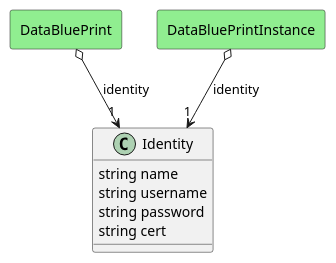
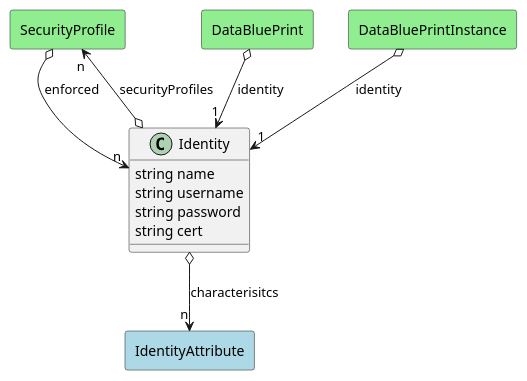
Before and after one commit to madajaju/edgemere: the diagram in docs/edgemere/ia/models/identity/logical.puml, drawn with PlantUML. The commit also changed 1199 other files, not shown here.

```diff
--- a/docs/edgemere/ia/models/identity/logical.puml
+++ b/docs/edgemere/ia/models/identity/logical.puml
@@ -1,25 +1,42 @@
 @startuml
 
 class "Identity" as Model {
  string name
  string username
  string password
  string cert
 
  
 }
+
+rectangle "SecurityProfile" as SecurityProfile #lightblue {
+}
+
+Model o--> "n" SecurityProfile : securityProfiles
+
+
+rectangle "IdentityAttribute" as IdentityAttribute #lightblue {
+}
+
+Model o--> "n" IdentityAttribute : characterisitcs
+
 
 
 
     rectangle "DataBluePrint" as DataBluePrint #lightgreen {
     }
     
         DataBluePrint   o--> "1" Model : "identity"
     
     rectangle "DataBluePrintInstance" as DataBluePrintInstance #lightgreen {
     }
     
         DataBluePrintInstance   o--> "1" Model : "identity"
     
+    rectangle "SecurityProfile" as SecurityProfile #lightgreen {
+    }
+    
+        SecurityProfile   o--> "n" Model : "enforced"
+    
 
 @enduml
```
